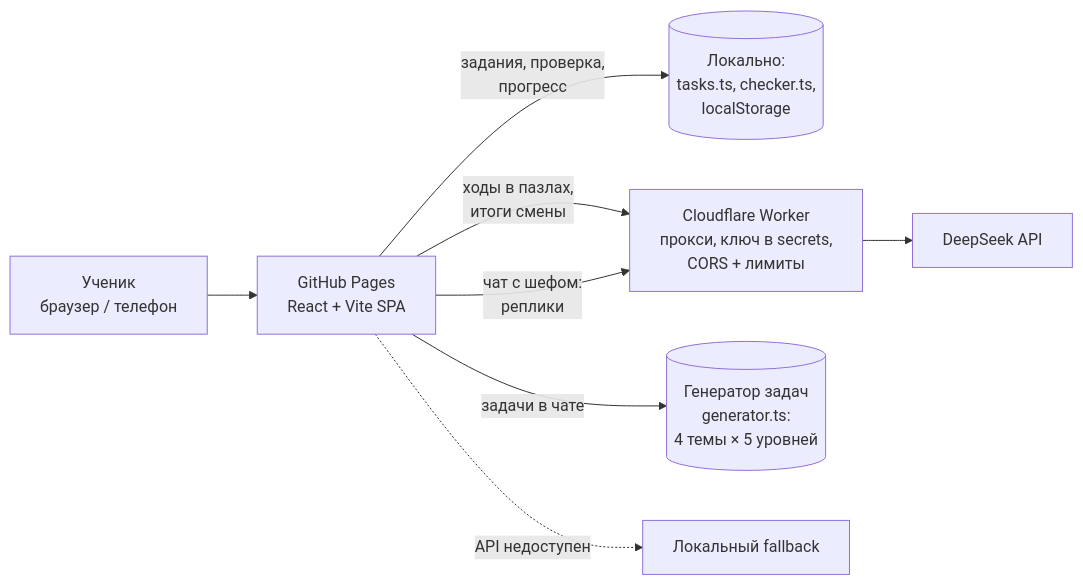
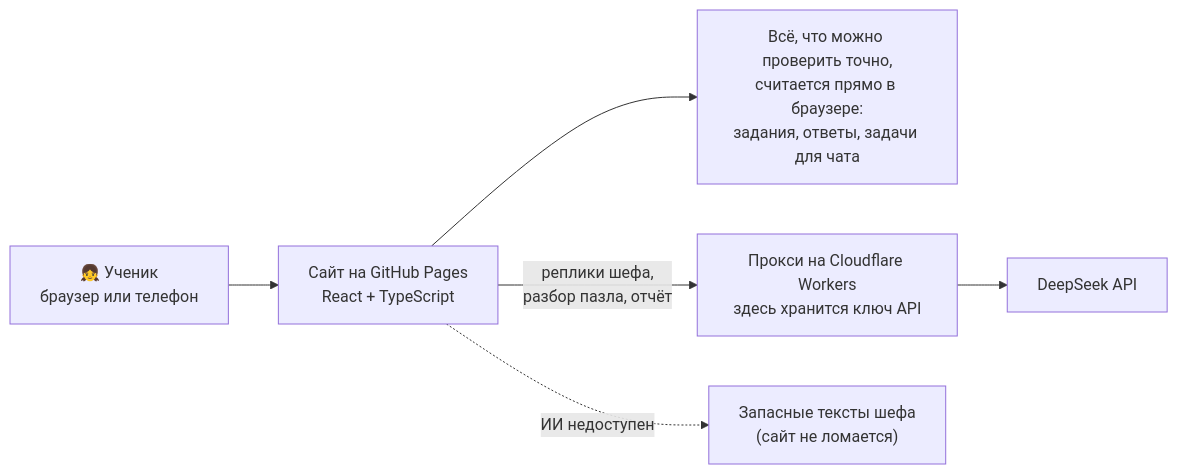
The second of 2 diagrams in README.md (inversion322/fraction-pizzeria), drawn with Mermaid before and after one commit. The commit also changed other lines of this file and 10 other files, not shown here.

````diff
--- a/README.md
+++ b/README.md
@@ -38,10 +70,8 @@
 ```mermaid
 flowchart LR
-  U[Ученик<br/>браузер / телефон] --> P[GitHub Pages<br/>React + Vite SPA]
-  P -- задания, проверка,<br/>прогресс --> L[(Локально:<br/>tasks.ts, checker.ts,<br/>localStorage)]
-  P -- ходы в пазлах,<br/>итоги смены --> W[Cloudflare Worker<br/>прокси, ключ в secrets,<br/>CORS + лимиты]
-  W --> D[DeepSeek API]
-  P -- чат с шефом:<br/>реплики --> W
-  P -- задачи в чате --> G[(Генератор задач<br/>generator.ts:<br/>4 темы × 5 уровней)]
-  P -. API недоступен .-> F[Локальный fallback]
+    U["👧 Ученик<br/>браузер или телефон"] --> S["Сайт на GitHub Pages<br/>React + TypeScript"]
+    S --> L["Всё, что можно проверить точно,<br/>считается прямо в браузере:<br/>задания, ответы, задачи для чата"]
+    S -- "реплики шефа,<br/>разбор пазла, отчёт" --> W["Прокси на Cloudflare Workers<br/>здесь хранится ключ API"]
+    W --> D["DeepSeek API"]
+    S -. "ИИ недоступен" .-> F["Запасные тексты шефа<br/>(сайт не ломается)"]
 ```
````
